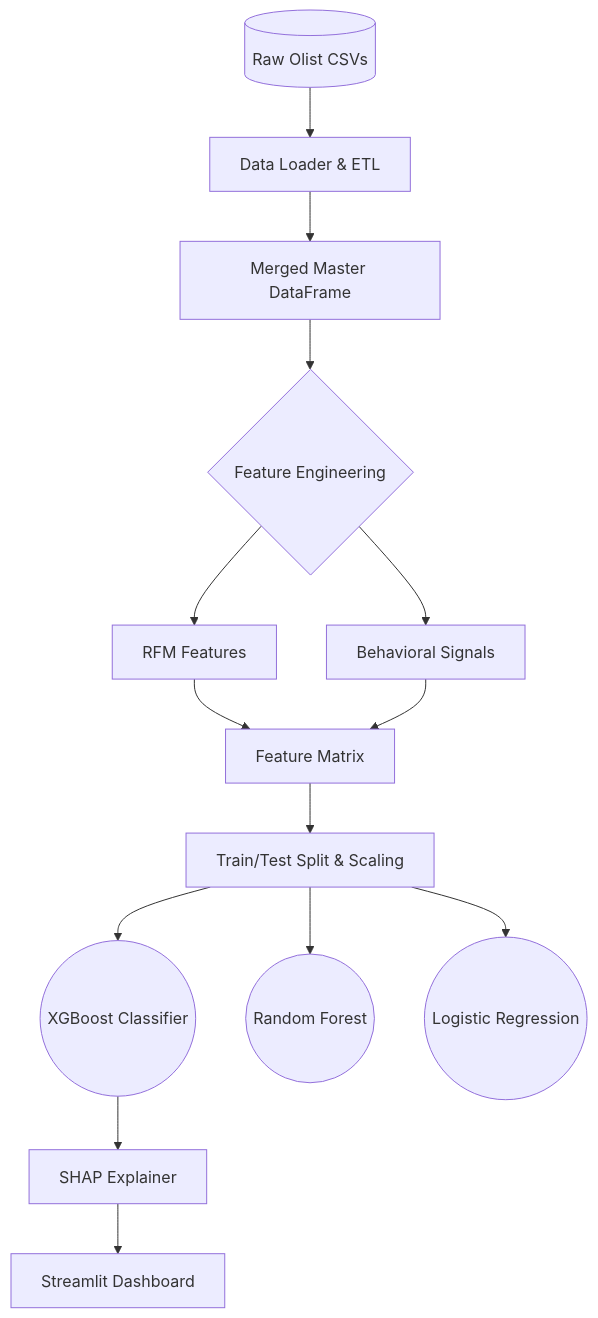
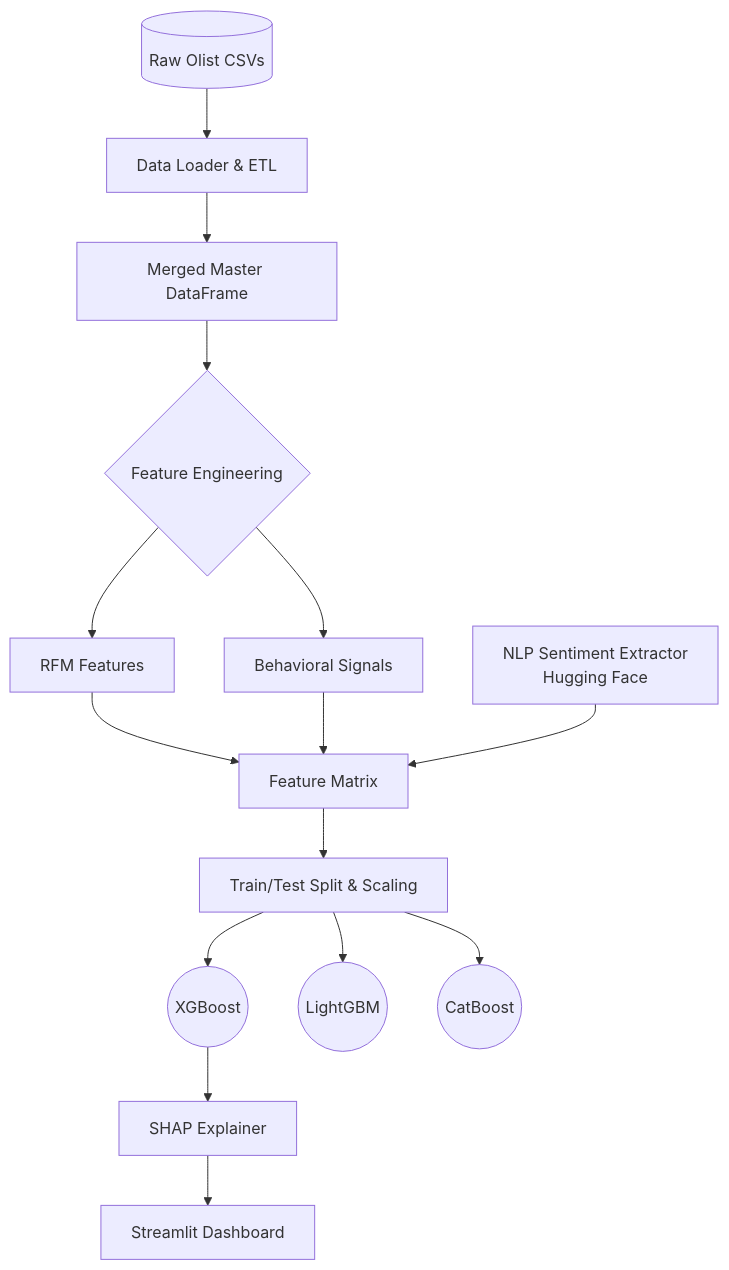
Before and after one commit to Soumen1602/Ecommerce-Intelligence: the diagram in README.md, drawn with Mermaid. The commit also changed other lines of this file and 10 other files, not shown here.

Commit message:
feat: Integrated LightGBM, CatBoost, Hugging Face NLP, and Midnight Glassmorphism UI

````diff
--- a/README.md
+++ b/README.md
@@ -38,16 +39,17 @@
 ```mermaid
 graph TD;
     A[(Raw Olist CSVs)] --> B[Data Loader & ETL];
     B --> C[Merged Master DataFrame];
     C --> D{Feature Engineering};
     D --> E[RFM Features];
     D --> F[Behavioral Signals];
     E --> G[Feature Matrix];
     F --> G;
+    N[NLP Sentiment Extractor<br>Hugging Face] --> G;
     G --> H[Train/Test Split & Scaling];
-    H --> I((XGBoost Classifier));
-    H --> J((Random Forest));
-    H --> K((Logistic Regression));
+    H --> I((XGBoost));
+    H --> J((LightGBM));
+    H --> K((CatBoost));
     I --> L[SHAP Explainer];
     L --> M[Streamlit Dashboard];
 ```
````
